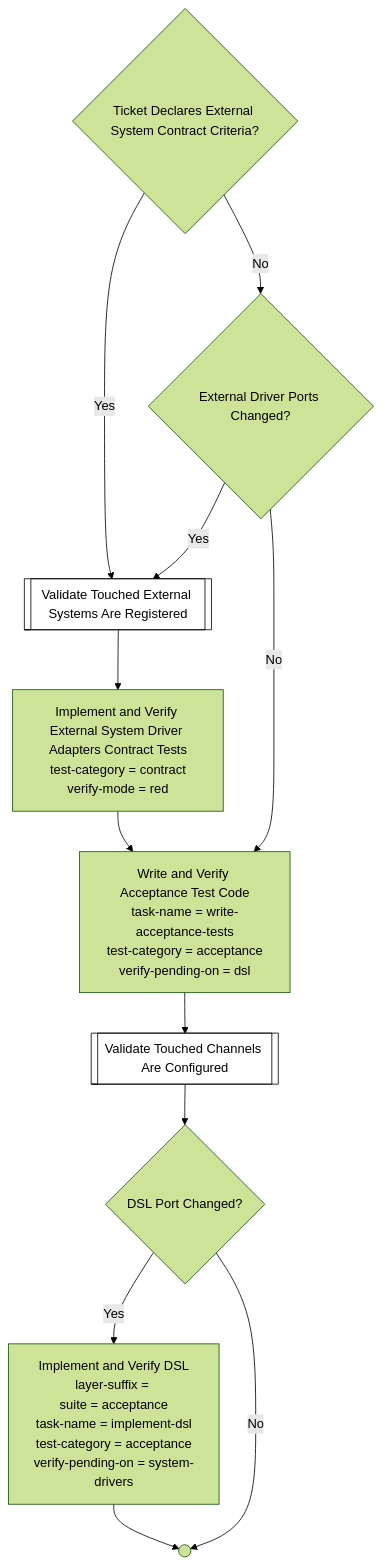
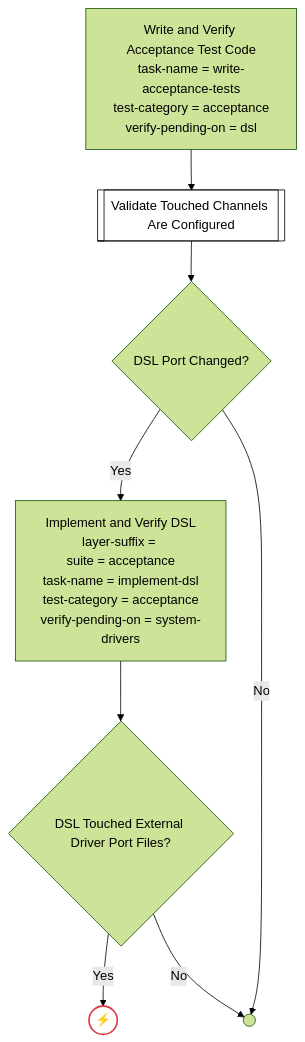
Before and after one commit to optivem/gh-optivem: diagram 14 of 54 in docs/process-diagram.md, drawn with Mermaid (forest theme). The commit also changed other lines of this file and 50 other files, not shown here.

Commit message:
atdd: regenerate process-flow diagram

````diff
--- a/docs/process-diagram.md
+++ b/docs/process-diagram.md
@@ -287,27 +286,24 @@
 ```mermaid
 flowchart TD
-    GATE_TICKET_HAS_ESCC{Ticket Declares External System Contract Criteria?}
-    VALIDATE_EXTERNAL_SYSTEMS_REGISTERED[[Validate Touched External Systems Are Registered]]
-    GATE_EXTERNAL_DRIVER_PORTS_CHANGED{External Driver Ports Changed?}
-    IMPLEMENT_AND_VERIFY_EXTERNAL_DRIVER_ADAPTERS["Implement and Verify External System Driver Adapters Contract Tests<br/>test-category = contract<br/>verify-mode = red"]
     WRITE_AND_VERIFY_ACCEPTANCE_TEST_CODE["Write and Verify Acceptance Test Code<br/>task-name = write-acceptance-tests<br/>test-category = acceptance<br/>verify-pending-on = dsl"]
     VALIDATE_CHANNELS_REGISTERED[[Validate Touched Channels Are Configured]]
     GATE_DSL_PORT_CHANGED{DSL Port Changed?}
     IMPLEMENT_AND_VERIFY_DSL["Implement and Verify DSL<br/>layer-suffix = <br/>suite = acceptance<br/>task-name = implement-dsl<br/>test-category = acceptance<br/>verify-pending-on = system-drivers"]
-    SHARED_CONTRACT_END(( ))
+    WRITE_ACCEPTANCE_TESTS_AND_DSL_END(( ))
+    GATE_EXTERNAL_DRIVER_PORT_CHANGED{DSL Touched External Driver Port Files?}
+    EXTERNAL_DRIVER_PORT_CHANGED_HALT((⚡))
 
-    GATE_TICKET_HAS_ESCC -- Yes --> VALIDATE_EXTERNAL_SYSTEMS_REGISTERED
-    GATE_TICKET_HAS_ESCC -- No --> GATE_EXTERNAL_DRIVER_PORTS_CHANGED
-    GATE_EXTERNAL_DRIVER_PORTS_CHANGED -- Yes --> VALIDATE_EXTERNAL_SYSTEMS_REGISTERED
-    GATE_EXTERNAL_DRIVER_PORTS_CHANGED -- No --> WRITE_AND_VERIFY_ACCEPTANCE_TEST_CODE
-    VALIDATE_EXTERNAL_SYSTEMS_REGISTERED --> IMPLEMENT_AND_VERIFY_EXTERNAL_DRIVER_ADAPTERS
-    IMPLEMENT_AND_VERIFY_EXTERNAL_DRIVER_ADAPTERS --> WRITE_AND_VERIFY_ACCEPTANCE_TEST_CODE
     WRITE_AND_VERIFY_ACCEPTANCE_TEST_CODE --> VALIDATE_CHANNELS_REGISTERED
     VALIDATE_CHANNELS_REGISTERED --> GATE_DSL_PORT_CHANGED
     GATE_DSL_PORT_CHANGED -- Yes --> IMPLEMENT_AND_VERIFY_DSL
-    GATE_DSL_PORT_CHANGED -- No --> SHARED_CONTRACT_END
-    IMPLEMENT_AND_VERIFY_DSL --> SHARED_CONTRACT_END
+    GATE_DSL_PORT_CHANGED -- No --> WRITE_ACCEPTANCE_TESTS_AND_DSL_END
+    IMPLEMENT_AND_VERIFY_DSL --> GATE_EXTERNAL_DRIVER_PORT_CHANGED
+    GATE_EXTERNAL_DRIVER_PORT_CHANGED -- Yes --> EXTERNAL_DRIVER_PORT_CHANGED_HALT
+    GATE_EXTERNAL_DRIVER_PORT_CHANGED -- No --> WRITE_ACCEPTANCE_TESTS_AND_DSL_END
 
     classDef serviceNode fill:#ffffff,stroke:#000000,stroke-width:1px,color:#000000
-    class VALIDATE_CHANNELS_REGISTERED,VALIDATE_EXTERNAL_SYSTEMS_REGISTERED serviceNode
+    class VALIDATE_CHANNELS_REGISTERED serviceNode
+
+    classDef errorEndNode fill:#ffffff,stroke:#dc3545,stroke-width:2px,color:#000000
+    class EXTERNAL_DRIVER_PORT_CHANGED_HALT errorEndNode
 ```
````
